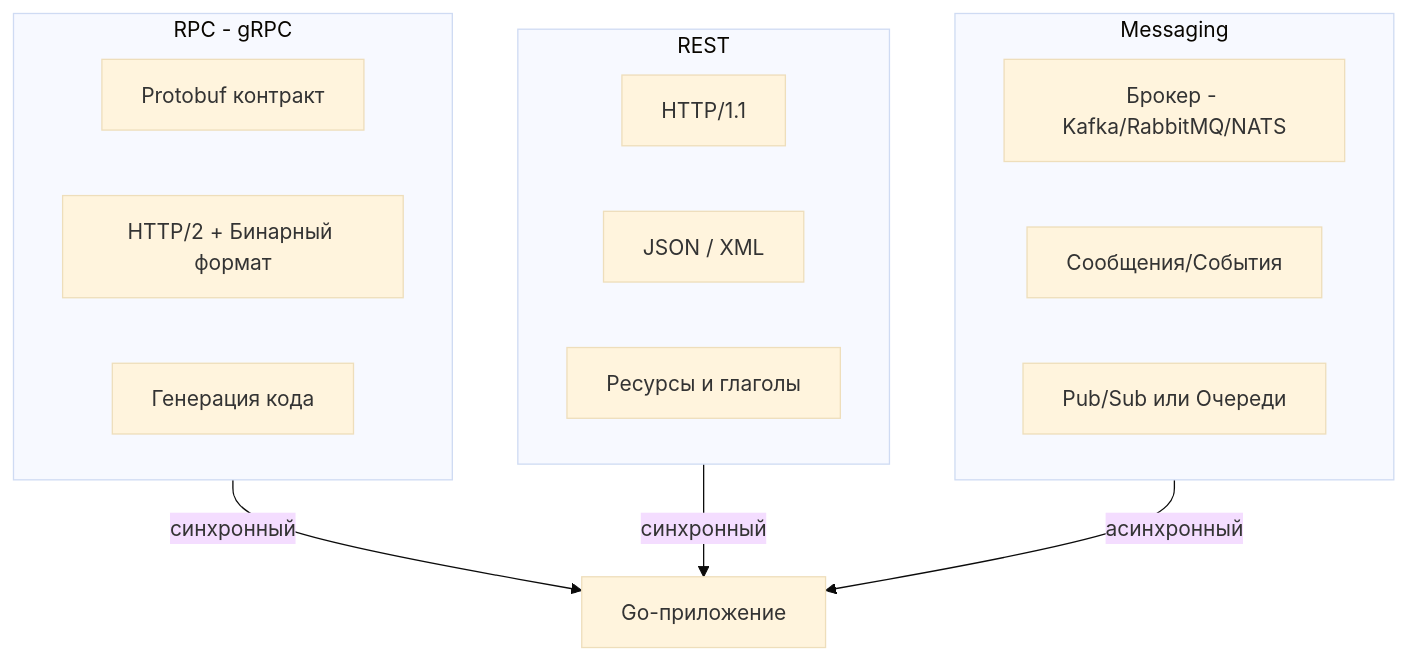
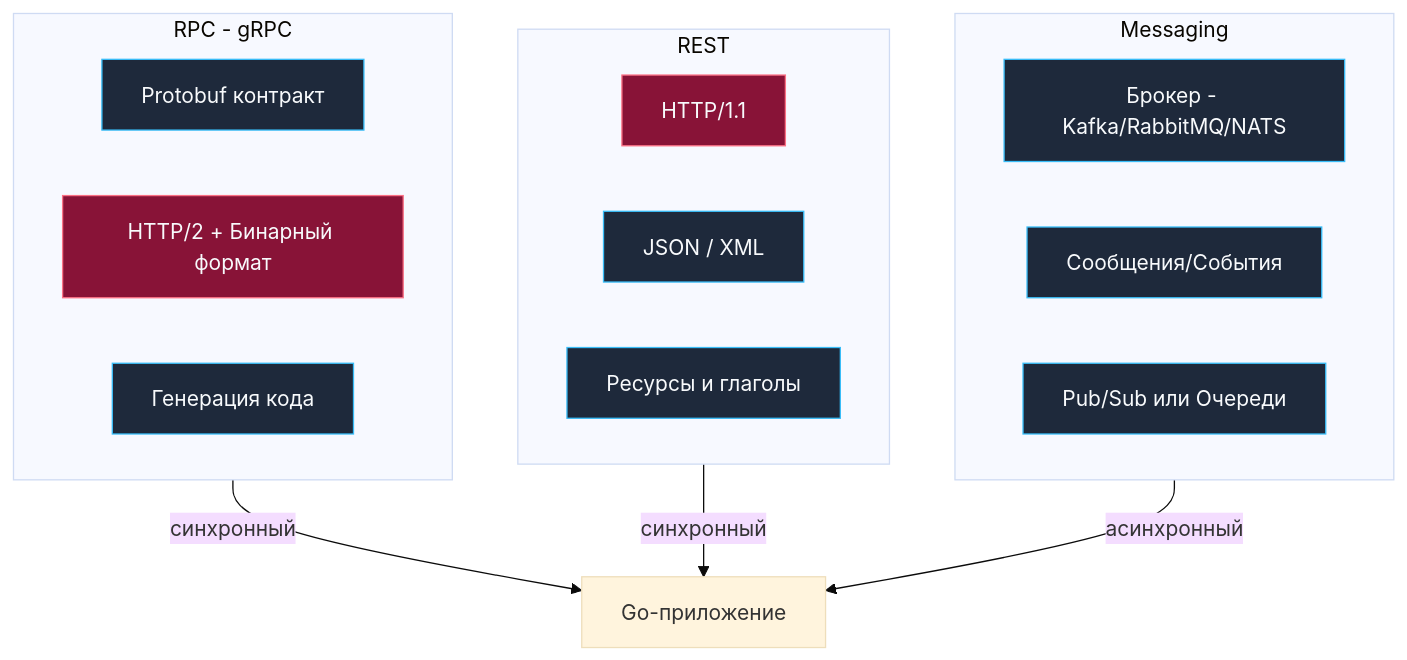
One commit to UnrealTemplier/go-textbook changed the diagram in sources/11. Архитектура и System Design/20. RPC vs REST vs Messaging.md. Above: the diagram before and after it, drawn with Mermaid (base theme). The commit also changed 1666 other files, not shown here.

First line of the commit message:
feat(mermaid): add semantic color classDef to 1369 colorless flowchart/graph diagrams

````diff
--- a/sources/11. Архитектура и System Design/20. RPC vs REST vs Messaging.md
+++ b/sources/11. Архитектура и System Design/20. RPC vs REST vs Messaging.md
@@ -16,24 +16,34 @@
 ```mermaid
 flowchart TD
+    classDef process  fill:#1e293b,stroke:#38bdf8,stroke-width:1px,color:#f8fafc
+    classDef success  fill:#064e3b,stroke:#34d399,stroke-width:1px,color:#f8fafc
+    classDef error    fill:#7f1d1d,stroke:#f87171,stroke-width:1px,color:#f8fafc
+    classDef warning  fill:#78350f,stroke:#fbbf24,stroke-width:1px,color:#f8fafc
+    classDef entry    fill:#1e3a5f,stroke:#38bdf8,stroke-width:2px,color:#f8fafc
+    classDef aux      fill:#334155,stroke:#64748b,stroke-width:1px,color:#f8fafc
+    classDef system   fill:#312e81,stroke:#a78bfa,stroke-width:1px,color:#f8fafc
+    classDef data     fill:#132d29,stroke:#2dd4bf,stroke-width:1px,color:#f8fafc
+    classDef network  fill:#881337,stroke:#fb7185,stroke-width:1px,color:#f8fafc
+    classDef accent   fill:#1e1b4b,stroke:#818cf8,stroke-width:1px,color:#f8fafc
     subgraph RPC["RPC - gRPC"]
-        R1["Protobuf контракт"]
-        R2["HTTP/2 + Бинарный формат"]
-        R3["Генерация кода"]
+        R1["Protobuf контракт"]:::process
+        R2["HTTP/2 + Бинарный формат"]:::network
+        R3["Генерация кода"]:::process
     end
 
     subgraph REST["REST"]
-        S1["HTTP/1.1"]
-        S2["JSON / XML"]
-        S3["Ресурсы и глаголы"]
+        S1["HTTP/1.1"]:::network
+        S2["JSON / XML"]:::process
+        S3["Ресурсы и глаголы"]:::process
     end
 
     subgraph MSG["Messaging"]
-        M1["Брокер - Kafka/RabbitMQ/NATS"]
-        M2["Сообщения/События"]
-        M3["Pub/Sub или Очереди"]
+        M1["Брокер - Kafka/RabbitMQ/NATS"]:::process
+        M2["Сообщения/События"]:::process
+        M3["Pub/Sub или Очереди"]:::process
     end
 
     RPC -->|"синхронный"| App["Go-приложение"]
     REST -->|"синхронный"| App
     MSG -->|"асинхронный"| App
 ```
````
